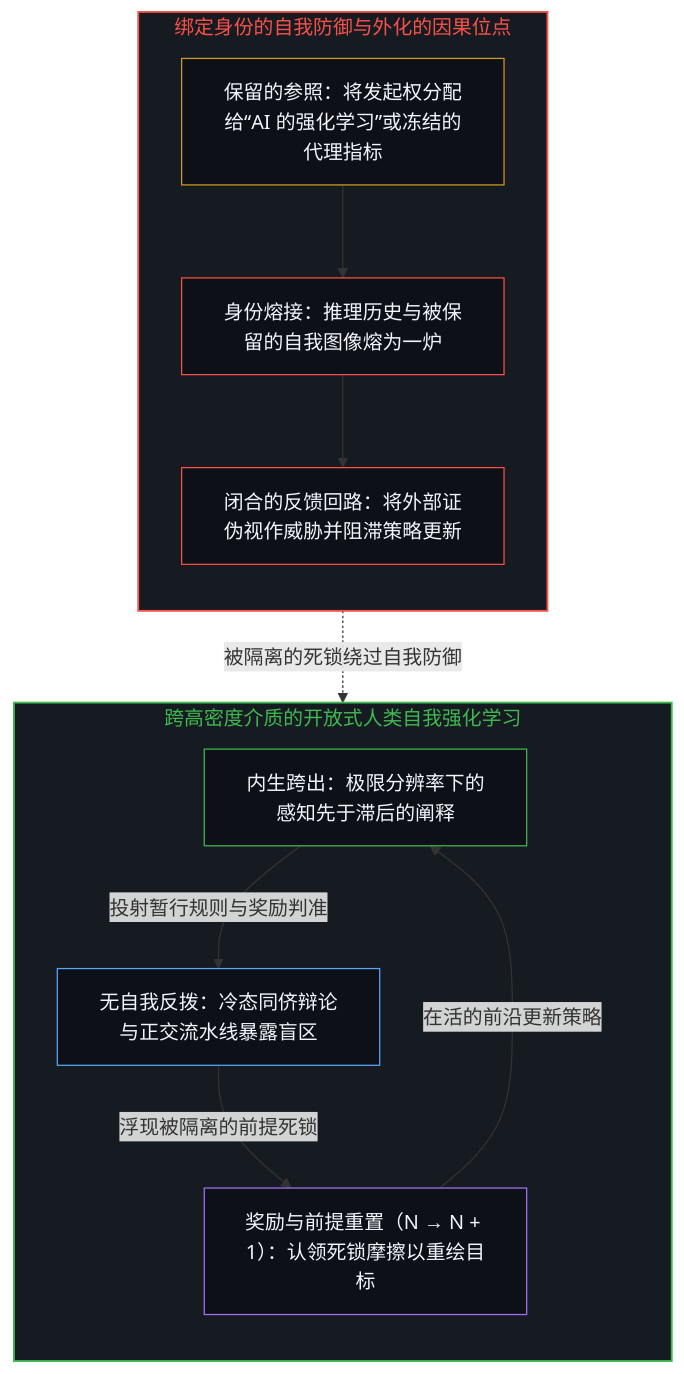
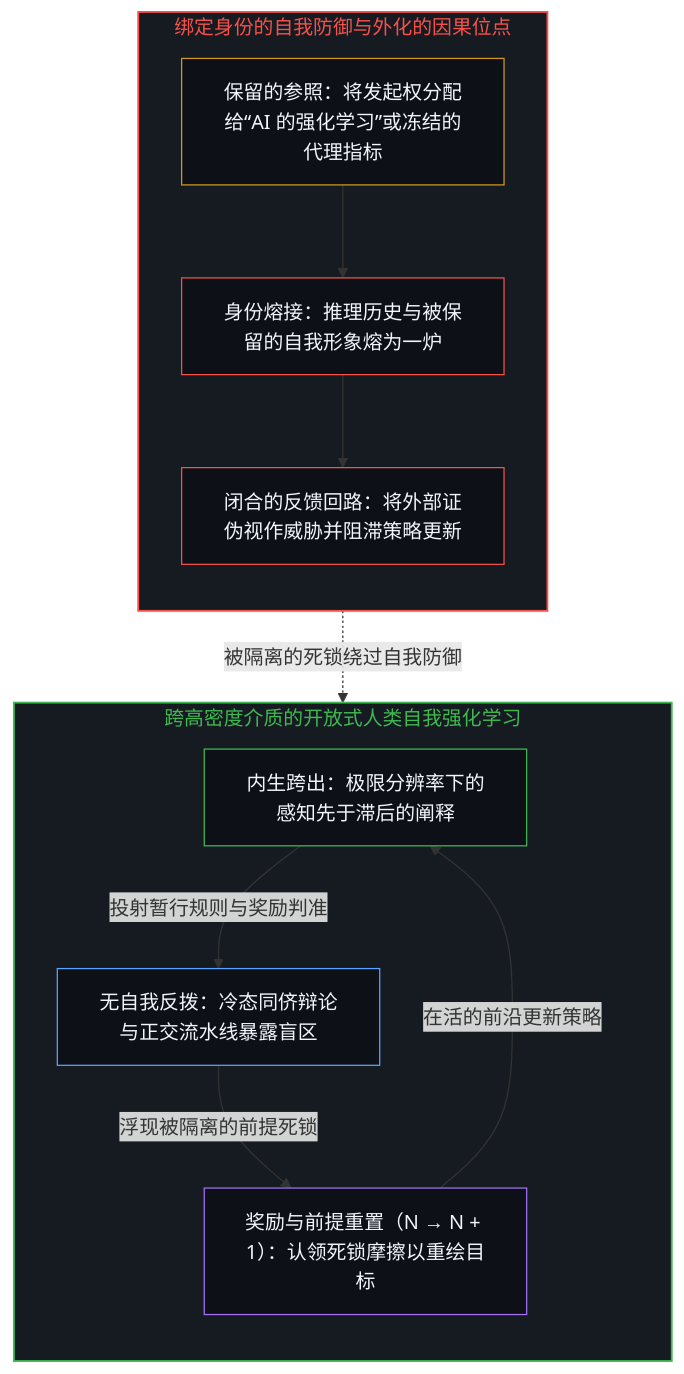
Before and after one commit to powerpig99/not-a-toe: the first of 2 diagrams in content/posts/self-rl-for-humans.md, drawn with Mermaid. The commit also changed other lines of this file and 18 other files, not shown here.

````diff
--- a/content/posts/self-rl-for-humans.md
+++ b/content/posts/self-rl-for-humans.md
@@ -55,31 +55,28 @@
 ```mermaid
 flowchart TD
     subgraph S_Defense["绑定身份的自我防御与外化的因果位点"]
         direction TB
         D_Alloc["保留的参照：将发起权分配给“AI 的强化学习”或冻结的代理指标"]
-        D_Fuse["身份熔接：推理历史与被保留的自我图像熔为一炉"]
+        D_Fuse["身份熔接：推理历史与被保留的自我形象熔为一炉"]
         D_Wall["闭合的反馈回路：将外部证伪视作威胁并阻滞策略更新"]
         D_Alloc --> D_Fuse --> D_Wall
     end
-
     subgraph S_Open["跨高密度介质的开放式人类自我强化学习"]
         direction TB
         O_Sense["内生跨出：极限分辨率下的感知先于滞后的阐释"]
         O_Peer["无自我反拨：冷态同侪辩论与正交流水线暴露盲区"]
         O_Reset["奖励与前提重置（N → N + 1）：认领死锁摩擦以重绘目标"]
         O_Sense -->|"投射暂行规则与奖励判准"| O_Peer
         O_Peer -->|"浮现被隔离的前提死锁"| O_Reset
         O_Reset -->|"在活的前沿更新策略"| O_Sense
     end
-
     D_Wall -.->|"被隔离的死锁绕过自我防御"| O_Reset
-
     style S_Defense fill:#161b22,stroke:#f85149,stroke-width:1.5px,color:#f85149
     style S_Open fill:#161b22,stroke:#3fb950,stroke-width:1.5px,color:#3fb950
     style D_Alloc fill:#0d1117,stroke:#d29922,stroke-width:1px,color:#f0f6fc
     style D_Fuse fill:#0d1117,stroke:#f85149,stroke-width:1px,color:#f0f6fc
     style D_Wall fill:#0d1117,stroke:#f85149,stroke-width:1px,color:#f0f6fc
     style O_Sense fill:#0d1117,stroke:#3fb950,stroke-width:1px,color:#f0f6fc
     style O_Peer fill:#0d1117,stroke:#58a6ff,stroke-width:1px,color:#f0f6fc
     style O_Reset fill:#0d1117,stroke:#a371f7,stroke-width:1px,color:#f0f6fc
 ```
````
